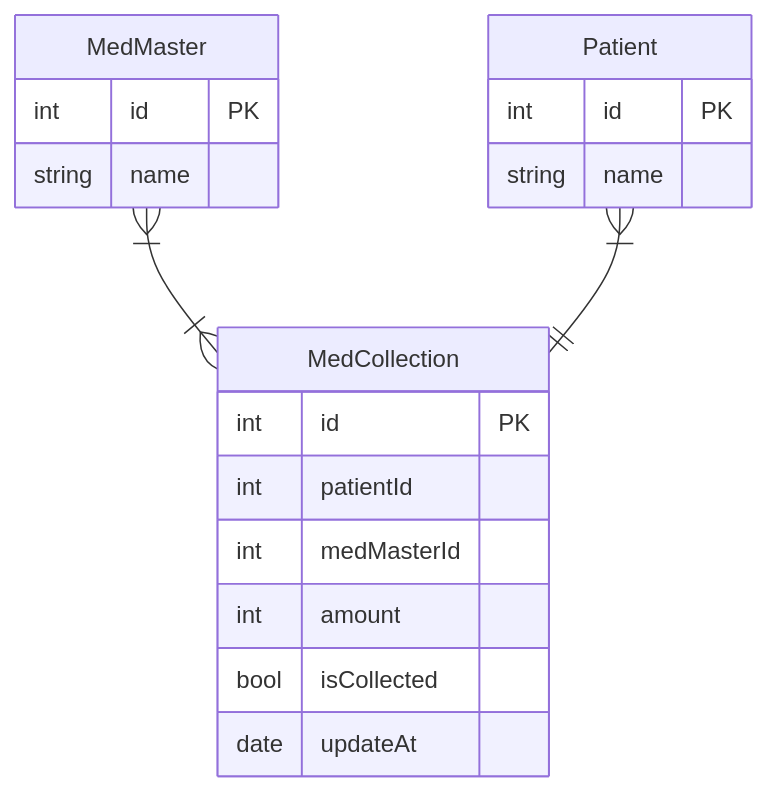
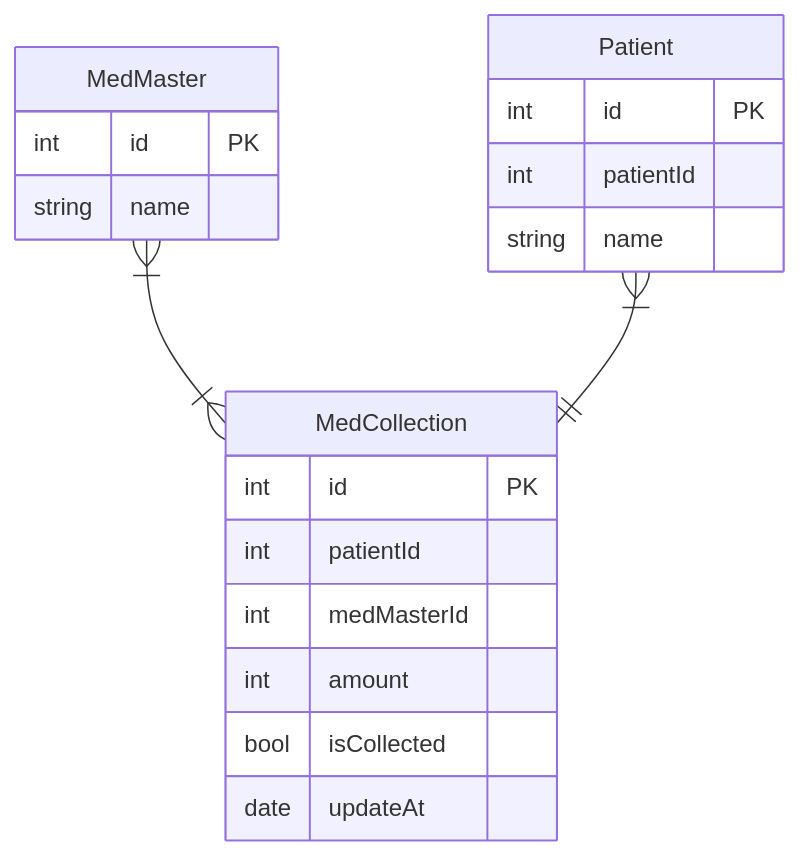
The diagram in readme.md (obutora/ODP_calc), drawn with Mermaid before and after one commit. The commit also changed other lines of this file, not shown here.

Commit message:
update er graph

````diff
--- a/readme.md
+++ b/readme.md
@@ -5,26 +5,27 @@
 ```mermaid
 erDiagram
 
 MedMaster }|--|{ MedCollection : ""
 Patient }|--|| MedCollection : ""
 
     Patient {
         int id PK
+        int patientId
         string name
     }
 
     MedCollection {
         int id PK
         int patientId
         int medMasterId
         int amount
         bool isCollected
         date updateAt
     }
 
     MedMaster {
         int id PK
         string name
     }
 
 ```
````
